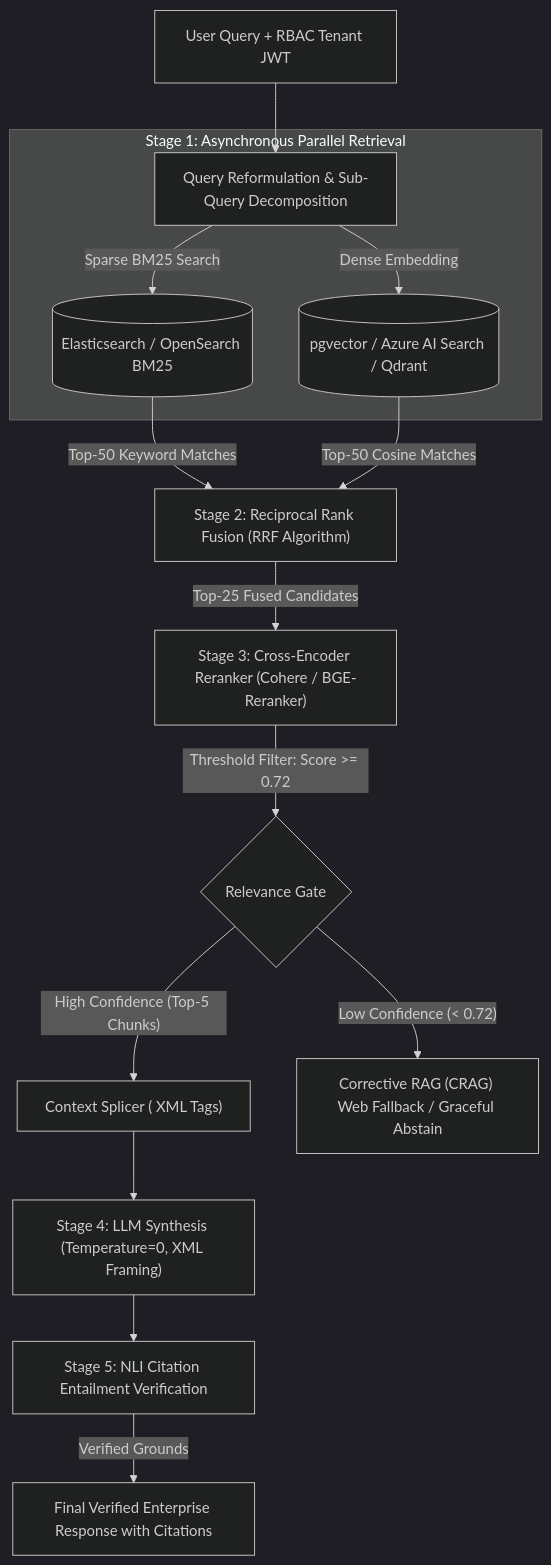
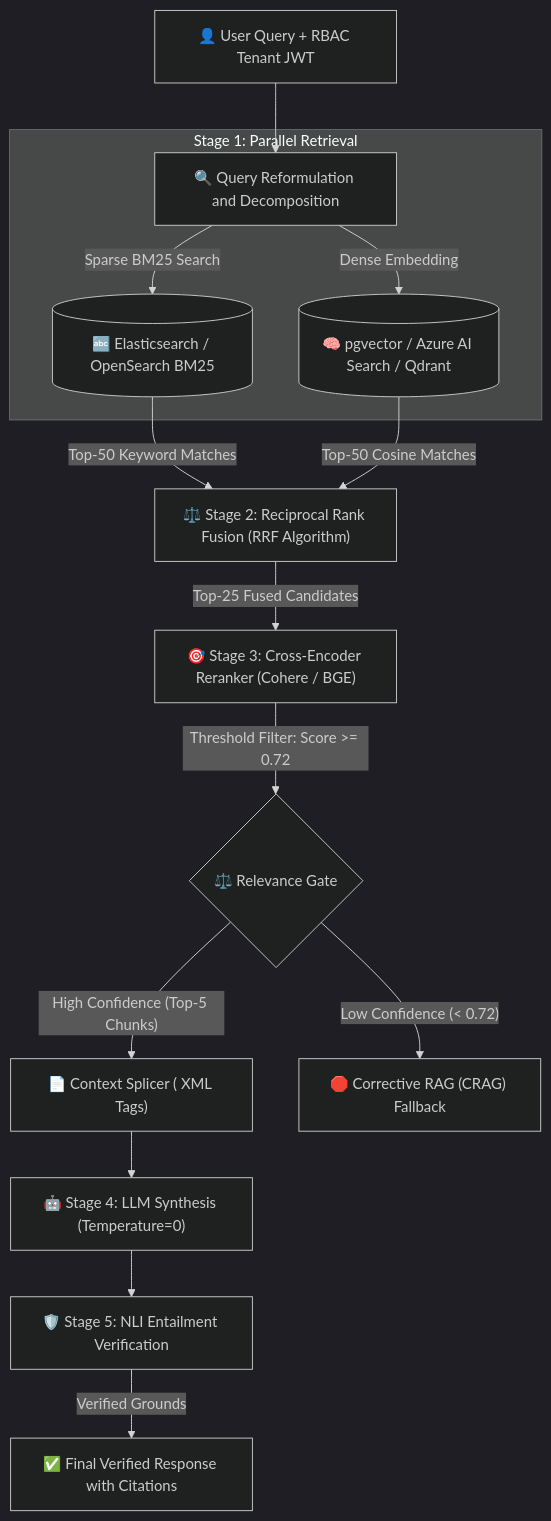
The second of 7 diagrams in interview/80-20-ai-interview-prep-sheet.md (dip4k/senior-engineer-to-ai-engineer-roadmap), drawn with Mermaid (dark theme) before and after one commit. The commit also changed other lines of this file and 94 other files, not shown here.

Commit message:
refactor(curriculum): complete Phase 04 upgrade and enforce diagram renderer invariants

````diff
--- a/interview/80-20-ai-interview-prep-sheet.md
+++ b/interview/80-20-ai-interview-prep-sheet.md
@@ -91,22 +90,22 @@
 ```mermaid
 flowchart TD
-    UserQuery["User Query + RBAC Tenant JWT"] --> Rewriter["Query Reformulation & Sub-Query Decomposition"]
+    UserQuery["👤 User Query + RBAC Tenant JWT"] --> Rewriter["🔍 Query Reformulation and Decomposition"]
     
-    subgraph ParallelSearch["Stage 1: Asynchronous Parallel Retrieval"]
-        Rewriter -->|"Sparse BM25 Search"| SparseDB[("Elasticsearch / OpenSearch BM25")]
-        Rewriter -->|"Dense Embedding"| DenseDB[("pgvector / Azure AI Search / Qdrant")]
+    subgraph ParallelSearch["Stage 1: Parallel Retrieval"]
+        Rewriter -->|"Sparse BM25 Search"| SparseDB[("🔤 Elasticsearch / OpenSearch BM25")]
+        Rewriter -->|"Dense Embedding"| DenseDB[("🧠 pgvector / Azure AI Search / Qdrant")]
     end
 
-    SparseDB -->|"Top-50 Keyword Matches"| RRF["Stage 2: Reciprocal Rank Fusion (RRF Algorithm)"]
+    SparseDB -->|"Top-50 Keyword Matches"| RRF["⚖️ Stage 2: Reciprocal Rank Fusion (RRF Algorithm)"]
     DenseDB -->|"Top-50 Cosine Matches"| RRF
 
-    RRF -->|"Top-25 Fused Candidates"| CrossEncoder["Stage 3: Cross-Encoder Reranker (Cohere / BGE-Reranker)"]
+    RRF -->|"Top-25 Fused Candidates"| CrossEncoder["🎯 Stage 3: Cross-Encoder Reranker (Cohere / BGE)"]
     
-    CrossEncoder -->|"Threshold Filter: Score >= 0.72"| Threshold{"Relevance Gate"}
-    Threshold -->|"High Confidence (Top-5 Chunks)"| Splicer["Context Splicer (<context> XML Tags)"]
-    Threshold -->|"Low Confidence (< 0.72)"| Fallback["Corrective RAG (CRAG) Web Fallback / Graceful Abstain"]
+    CrossEncoder -->|"Threshold Filter: Score >= 0.72"| Threshold{"⚖️ Relevance Gate"}
+    Threshold -->|"High Confidence (Top-5 Chunks)"| Splicer["📄 Context Splicer (<context> XML Tags)"]
+    Threshold -->|"Low Confidence (< 0.72)"| Fallback["🛑 Corrective RAG (CRAG) Fallback"]
 
-    Splicer --> Generator["Stage 4: LLM Synthesis (Temperature=0, XML Framing)"]
-    Generator --> GroundingVerif["Stage 5: NLI Citation Entailment Verification"]
-    GroundingVerif -->|"Verified Grounds"| ClientResponse["Final Verified Enterprise Response with Citations"]
+    Splicer --> Generator["🤖 Stage 4: LLM Synthesis (Temperature=0)"]
+    Generator --> GroundingVerif["🛡️ Stage 5: NLI Entailment Verification"]
+    GroundingVerif -->|"Verified Grounds"| ClientResponse["✅ Final Verified Response with Citations"]
 ```
````
